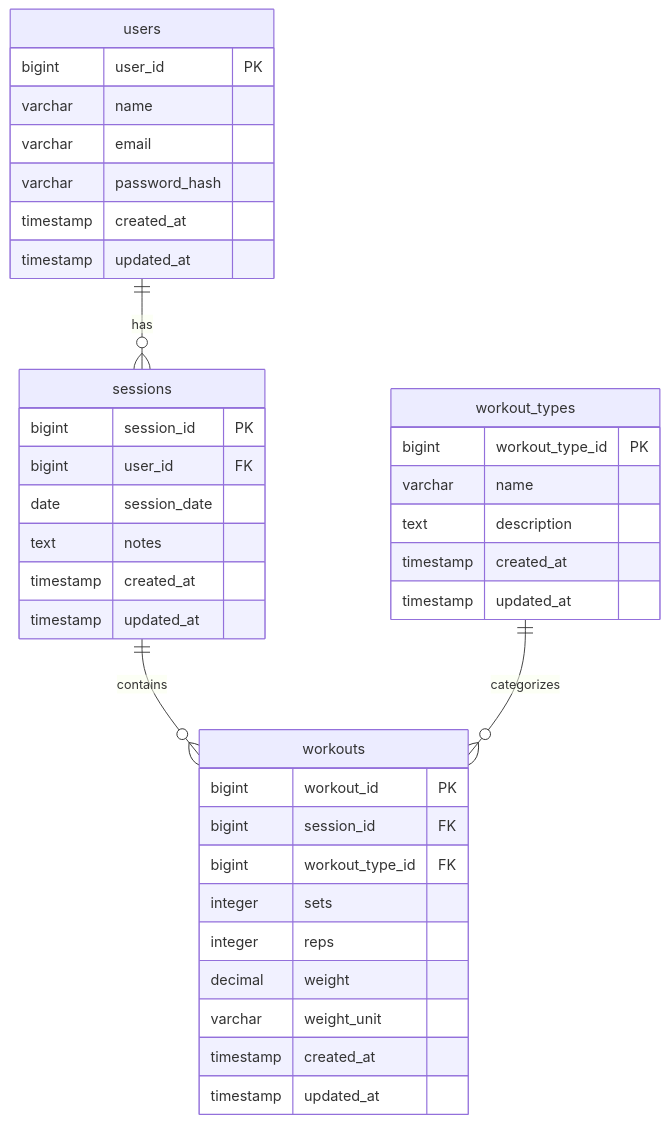
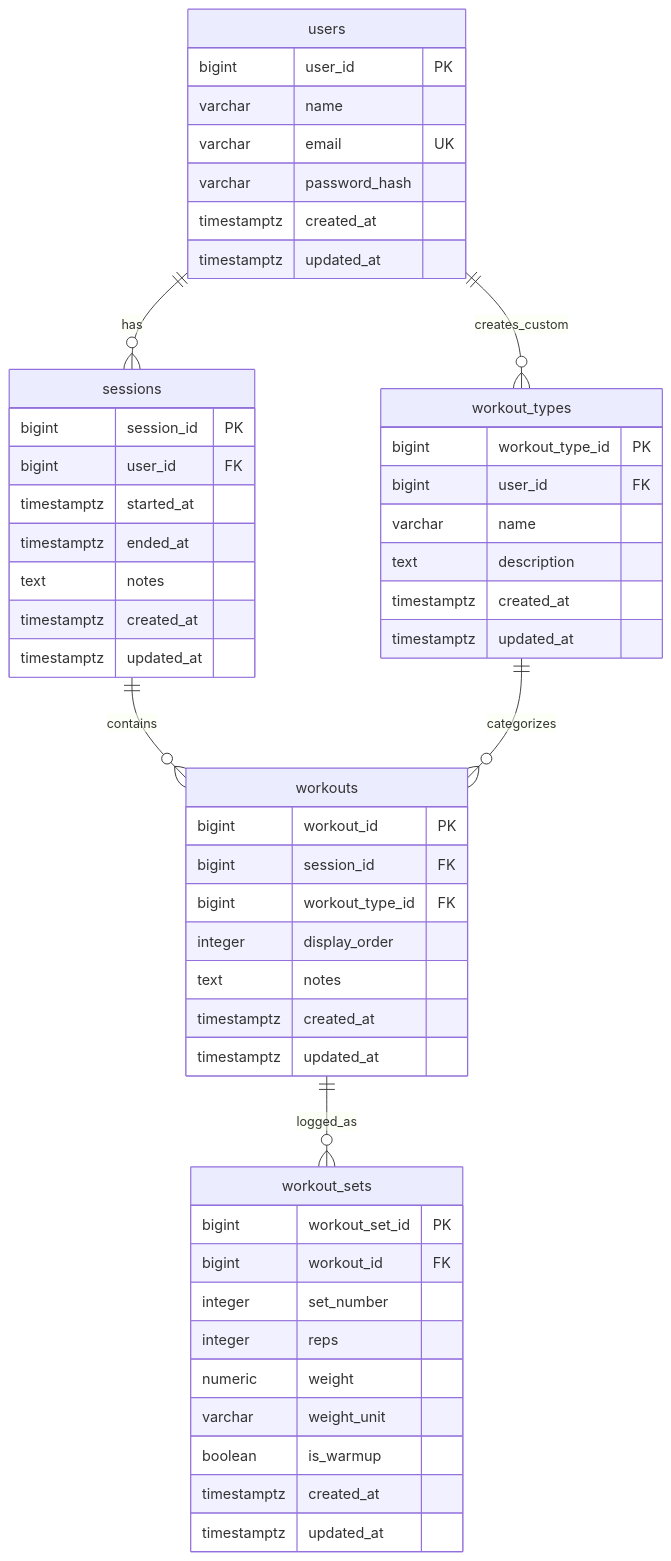
The diagram in minimal-workouts/diagrams/er_diagram.mmd (amitsk/workout-tracker), drawn with Mermaid before and after one commit. The commit also changed 22 other files, not shown here.

Commit message:
feat(minimal-workouts): review specs, optimize database schema, update API docs, and add architecture designs

```diff
--- a/minimal-workouts/diagrams/er_diagram.mmd
+++ b/minimal-workouts/diagrams/er_diagram.mmd
@@ -1,42 +1,56 @@
 erDiagram
     users ||--o{ sessions : "has"
+    users ||--o{ workout_types : "creates_custom"
     sessions ||--o{ workouts : "contains"
     workout_types ||--o{ workouts : "categorizes"
+    workouts ||--o{ workout_sets : "logged_as"
 
     users {
         bigint user_id PK
         varchar name
-        varchar email
+        varchar email UK
         varchar password_hash
-        timestamp created_at
-        timestamp updated_at
+        timestamptz created_at
+        timestamptz updated_at
     }
 
     workout_types {
         bigint workout_type_id PK
+        bigint user_id FK
         varchar name
         text description
-        timestamp created_at
-        timestamp updated_at
+        timestamptz created_at
+        timestamptz updated_at
     }
 
     sessions {
         bigint session_id PK
         bigint user_id FK
-        date session_date
+        timestamptz started_at
+        timestamptz ended_at
         text notes
-        timestamp created_at
-        timestamp updated_at
+        timestamptz created_at
+        timestamptz updated_at
     }
 
     workouts {
         bigint workout_id PK
         bigint session_id FK
         bigint workout_type_id FK
-        integer sets
+        integer display_order
+        text notes
+        timestamptz created_at
+        timestamptz updated_at
+    }
+
+    workout_sets {
+        bigint workout_set_id PK
+        bigint workout_id FK
+        integer set_number
         integer reps
-        decimal weight
+        numeric weight
         varchar weight_unit
-        timestamp created_at
-        timestamp updated_at
+        boolean is_warmup
+        timestamptz created_at
+        timestamptz updated_at
     }
```
